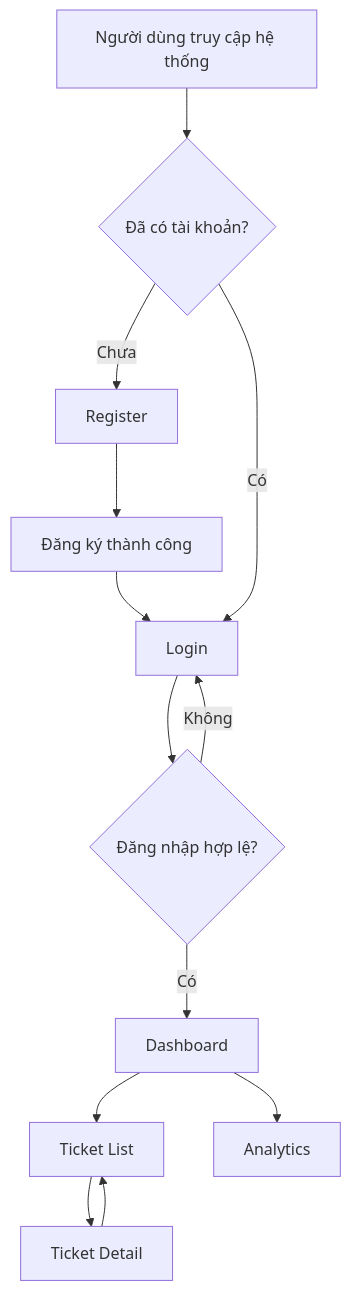
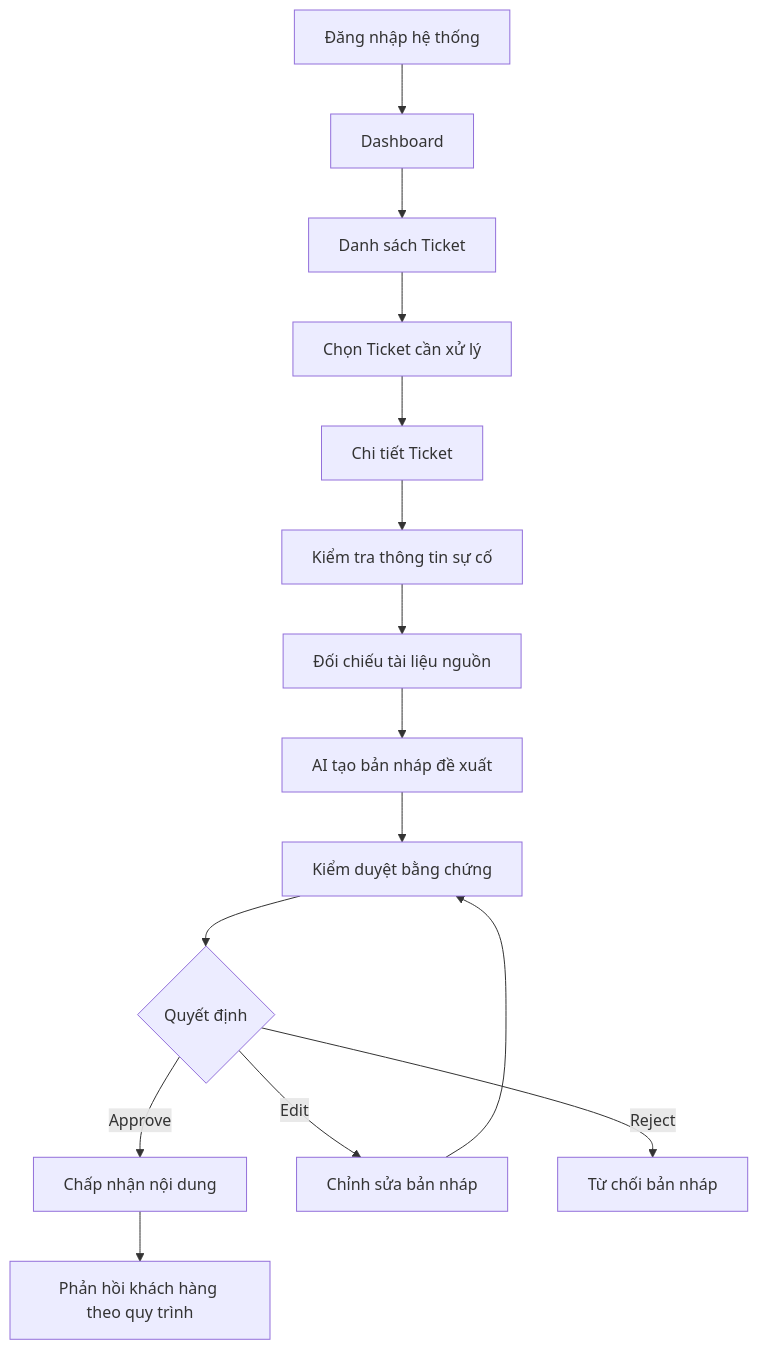
The diagram in docs/wireframe/README.md (thanhhai375/support-resolution-ai), drawn with Mermaid before and after one commit. The commit also changed other lines of this file, not shown here.

````diff
--- a/docs/wireframe/README.md
+++ b/docs/wireframe/README.md
@@ -158,15 +417,17 @@
 ```mermaid
 flowchart TD
-    A[Người dùng truy cập hệ thống] --> B{Đã có tài khoản?}
-    B -->|Chưa| C[Register]
-    C --> D[Đăng ký thành công]
-    D --> E[Login]
-    B -->|Có| E
-    E --> F{Đăng nhập hợp lệ?}
-    F -->|Không| E
-    F -->|Có| G[Dashboard]
-    G --> H[Ticket List]
-    H --> I[Ticket Detail]
-    G --> J[Analytics]
-    I --> H
+    A[Đăng nhập hệ thống] --> B[Dashboard]
+    B --> C[Danh sách Ticket]
+    C --> D[Chọn Ticket cần xử lý]
+    D --> E[Chi tiết Ticket]
+    E --> F[Kiểm tra thông tin sự cố]
+    F --> G[Đối chiếu tài liệu nguồn]
+    G --> H[AI tạo bản nháp đề xuất]
+    H --> I[Kiểm duyệt bằng chứng]
+    I --> J{Quyết định}
+    J -->|Approve| K[Chấp nhận nội dung]
+    J -->|Edit| L[Chỉnh sửa bản nháp]
+    L --> I
+    J -->|Reject| M[Từ chối bản nháp]
+    K --> N[Phản hồi khách hàng theo quy trình]
 ```
````
